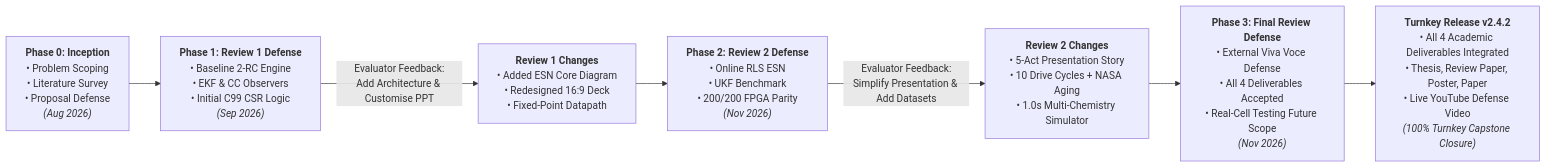
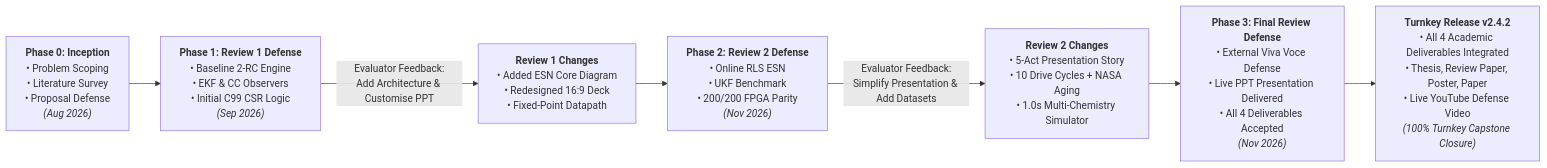
One commit to tanish-jain-225/Battery_State_Estimator_BE_Project_2026_2027 changed the first of 3 diagrams in README.md. Above: the diagram before and after it, drawn with Mermaid. The commit also changed other lines of this file and 22 other files, not shown here.

````diff
--- a/README.md
+++ b/README.md
@@ -72,10 +72,10 @@
 ```mermaid
 flowchart LR
     P0["<b>Phase 0: Inception</b><br/>• Problem Scoping<br/>• Literature Survey<br/>• Proposal Defense<br/><i>(Aug 2026)</i>"] 
     P0 --> P1["<b>Phase 1: Review 1 Defense</b><br/>• Baseline 2-RC Engine<br/>• EKF & CC Observers<br/>• Initial C99 CSR Logic<br/><i>(Sep 2026)</i>"]
     P1 -->|"Evaluator Feedback:<br/>Add Architecture & Customise PPT"| P1_Fix["<b>Review 1 Changes</b><br/>• Added ESN Core Diagram<br/>• Redesigned 16:9 Deck<br/>• Fixed-Point Datapath"]
     P1_Fix --> P2["<b>Phase 2: Review 2 Defense</b><br/>• Online RLS ESN<br/>• UKF Benchmark<br/>• 200/200 FPGA Parity<br/><i>(Nov 2026)</i>"]
     P2 -->|"Evaluator Feedback:<br/>Simplify Presentation & Add Datasets"| P2_Fix["<b>Review 2 Changes</b><br/>• 5-Act Presentation Story<br/>• 10 Drive Cycles + NASA Aging<br/>• 1.0s Multi-Chemistry Simulator"]
-    P2_Fix --> P3["<b>Phase 3: Final Review Defense</b><br/>• External Viva Voce Defense<br/>• All 4 Deliverables Accepted<br/>• Real-Cell Testing Future Scope<br/><i>(Nov 2026)</i>"]
+    P2_Fix --> P3["<b>Phase 3: Final Review Defense</b><br/>• External Viva Voce Defense<br/>• Live PPT Presentation Delivered<br/>• All 4 Deliverables Accepted<br/><i>(Nov 2026)</i>"]
     P3 --> P4["<b>Turnkey Release v2.4.2</b><br/>• All 4 Academic Deliverables Integrated<br/>• Thesis, Review Paper, Poster, Paper<br/>• Live YouTube Defense Video<br/><i>(100% Turnkey Capstone Closure)</i>"]
 ```
````
